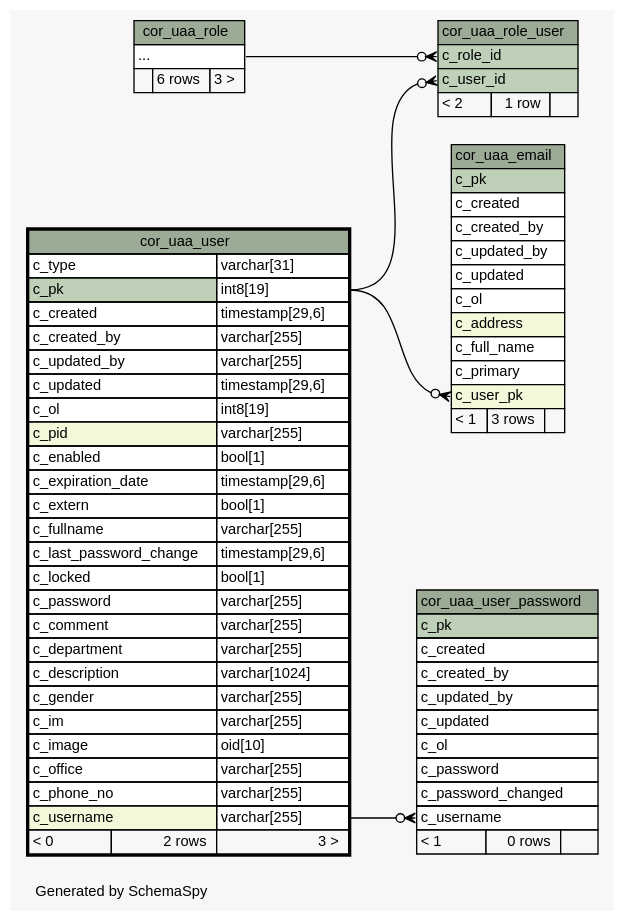
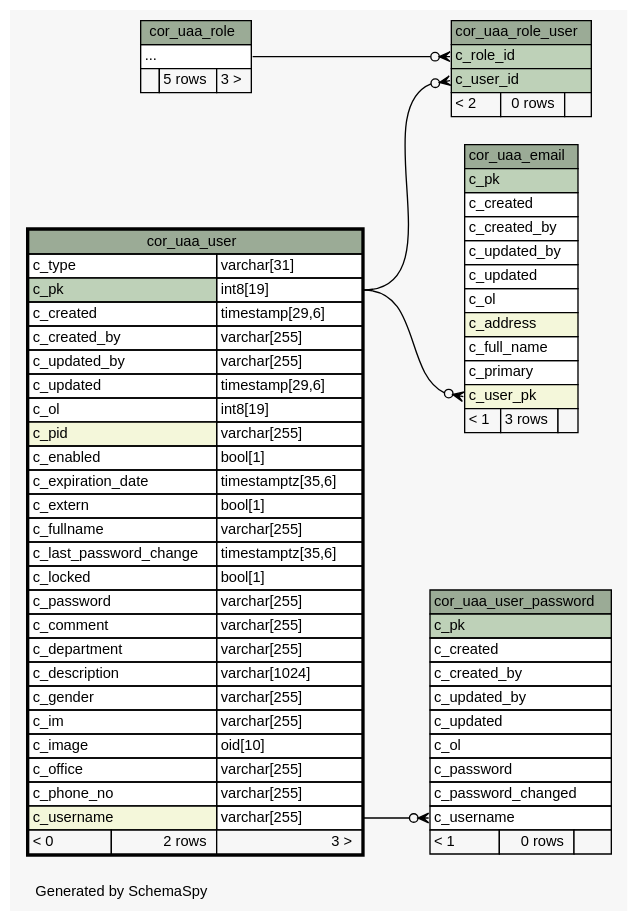
Before and after one commit to openwms/org.openwms.core.uaa.lib: the diagram in 2.0.0-SNAPSHOT/schemaspy/diagrams/cor_uaa_user.2degrees.dot, drawn with Graphviz. The commit also changed 236 other files, not shown here.

```diff
--- a/2.0.0-SNAPSHOT/schemaspy/diagrams/cor_uaa_user.2degrees.dot
+++ b/2.0.0-SNAPSHOT/schemaspy/diagrams/cor_uaa_user.2degrees.dot
@@ -1,117 +1,117 @@
-// dot 2.43.0 on Linux 6.5.0-1016-azure
+// dot 2.43.0 on Linux 6.5.0-1022-azure
 // SchemaSpy rev Unknown
 digraph "twoDegreesRelationshipsDiagram" {
   graph [
     rankdir="RL"
     bgcolor="#f7f7f7"
     label="\nGenerated by SchemaSpy"
     labeljust="l"
     nodesep="0.18"
     ranksep="0.46"
     fontname="Helvetica"
     fontsize="11"
   ];
   node [
     fontname="Helvetica"
     fontsize="11"
     shape="plaintext"
   ];
   edge [
     arrowsize="0.8"
   ];
   "cor_uaa_email":"c_user_pk":w -> "cor_uaa_user":"c_pk.type":e [arrowhead=none dir=back arrowtail=crowodot];
   "cor_uaa_role_user":"c_role_id":w -> "cor_uaa_role":"elipses":e [arrowhead=none dir=back arrowtail=crowodot];
   "cor_uaa_role_user":"c_user_id":w -> "cor_uaa_user":"c_pk.type":e [arrowhead=none dir=back arrowtail=crowodot];
   "cor_uaa_user_password":"c_username":w -> "cor_uaa_user":"c_username.type":e [arrowhead=none dir=back arrowtail=crowodot];
   "cor_uaa_email" [
     label=<
     <TABLE BORDER="0" CELLBORDER="1" CELLSPACING="0" BGCOLOR="#ffffff">
       <TR><TD COLSPAN="3" BGCOLOR="#9bab96" ALIGN="CENTER">cor_uaa_email</TD></TR>
       <TR><TD PORT="c_pk" COLSPAN="3" BGCOLOR="#bed1b8" ALIGN="LEFT">c_pk</TD></TR>
       <TR><TD PORT="c_created" COLSPAN="3" ALIGN="LEFT">c_created</TD></TR>
       <TR><TD PORT="c_created_by" COLSPAN="3" ALIGN="LEFT">c_created_by</TD></TR>
       <TR><TD PORT="c_updated_by" COLSPAN="3" ALIGN="LEFT">c_updated_by</TD></TR>
       <TR><TD PORT="c_updated" COLSPAN="3" ALIGN="LEFT">c_updated</TD></TR>
       <TR><TD PORT="c_ol" COLSPAN="3" ALIGN="LEFT">c_ol</TD></TR>
       <TR><TD PORT="c_address" COLSPAN="3" BGCOLOR="#f4f7da" ALIGN="LEFT">c_address</TD></TR>
       <TR><TD PORT="c_full_name" COLSPAN="3" ALIGN="LEFT">c_full_name</TD></TR>
       <TR><TD PORT="c_primary" COLSPAN="3" ALIGN="LEFT">c_primary</TD></TR>
       <TR><TD PORT="c_user_pk" COLSPAN="3" BGCOLOR="#f4f7da" ALIGN="LEFT">c_user_pk</TD></TR>
       <TR><TD ALIGN="LEFT" BGCOLOR="#f7f7f7">&lt; 1</TD><TD ALIGN="RIGHT" BGCOLOR="#f7f7f7">3 rows</TD><TD ALIGN="RIGHT" BGCOLOR="#f7f7f7">  </TD></TR>
     </TABLE>>
     URL="cor_uaa_email.html"
     tooltip="cor_uaa_email"
   ];
   "cor_uaa_role" [
     label=<
     <TABLE BORDER="0" CELLBORDER="1" CELLSPACING="0" BGCOLOR="#ffffff">
       <TR><TD COLSPAN="3" BGCOLOR="#9bab96" ALIGN="CENTER">cor_uaa_role</TD></TR>
       <TR><TD PORT="elipses" COLSPAN="3" ALIGN="LEFT">...</TD></TR>
-      <TR><TD ALIGN="LEFT" BGCOLOR="#f7f7f7">  </TD><TD ALIGN="RIGHT" BGCOLOR="#f7f7f7">6 rows</TD><TD ALIGN="RIGHT" BGCOLOR="#f7f7f7">3 &gt;</TD></TR>
+      <TR><TD ALIGN="LEFT" BGCOLOR="#f7f7f7">  </TD><TD ALIGN="RIGHT" BGCOLOR="#f7f7f7">5 rows</TD><TD ALIGN="RIGHT" BGCOLOR="#f7f7f7">3 &gt;</TD></TR>
     </TABLE>>
     URL="cor_uaa_role.html"
     tooltip="cor_uaa_role"
   ];
   "cor_uaa_role_user" [
     label=<
     <TABLE BORDER="0" CELLBORDER="1" CELLSPACING="0" BGCOLOR="#ffffff">
       <TR><TD COLSPAN="3" BGCOLOR="#9bab96" ALIGN="CENTER">cor_uaa_role_user</TD></TR>
       <TR><TD PORT="c_role_id" COLSPAN="3" BGCOLOR="#bed1b8" ALIGN="LEFT">c_role_id</TD></TR>
       <TR><TD PORT="c_user_id" COLSPAN="3" BGCOLOR="#bed1b8" ALIGN="LEFT">c_user_id</TD></TR>
-      <TR><TD ALIGN="LEFT" BGCOLOR="#f7f7f7">&lt; 2</TD><TD ALIGN="RIGHT" BGCOLOR="#f7f7f7">1 row</TD><TD ALIGN="RIGHT" BGCOLOR="#f7f7f7">  </TD></TR>
+      <TR><TD ALIGN="LEFT" BGCOLOR="#f7f7f7">&lt; 2</TD><TD ALIGN="RIGHT" BGCOLOR="#f7f7f7">0 rows</TD><TD ALIGN="RIGHT" BGCOLOR="#f7f7f7">  </TD></TR>
     </TABLE>>
     URL="cor_uaa_role_user.html"
     tooltip="cor_uaa_role_user"
   ];
   "cor_uaa_user" [
     label=<
     <TABLE BORDER="2" CELLBORDER="1" CELLSPACING="0" BGCOLOR="#ffffff">
       <TR><TD COLSPAN="3" BGCOLOR="#9bab96" ALIGN="CENTER">cor_uaa_user</TD></TR>
       <TR><TD PORT="c_type" COLSPAN="2" ALIGN="LEFT">c_type</TD><TD PORT="c_type.type" ALIGN="LEFT">varchar[31]</TD></TR>
       <TR><TD PORT="c_pk" COLSPAN="2" BGCOLOR="#bed1b8" ALIGN="LEFT">c_pk</TD><TD PORT="c_pk.type" ALIGN="LEFT">int8[19]</TD></TR>
       <TR><TD PORT="c_created" COLSPAN="2" ALIGN="LEFT">c_created</TD><TD PORT="c_created.type" ALIGN="LEFT">timestamp[29,6]</TD></TR>
       <TR><TD PORT="c_created_by" COLSPAN="2" ALIGN="LEFT">c_created_by</TD><TD PORT="c_created_by.type" ALIGN="LEFT">varchar[255]</TD></TR>
       <TR><TD PORT="c_updated_by" COLSPAN="2" ALIGN="LEFT">c_updated_by</TD><TD PORT="c_updated_by.type" ALIGN="LEFT">varchar[255]</TD></TR>
       <TR><TD PORT="c_updated" COLSPAN="2" ALIGN="LEFT">c_updated</TD><TD PORT="c_updated.type" ALIGN="LEFT">timestamp[29,6]</TD></TR>
       <TR><TD PORT="c_ol" COLSPAN="2" ALIGN="LEFT">c_ol</TD><TD PORT="c_ol.type" ALIGN="LEFT">int8[19]</TD></TR>
       <TR><TD PORT="c_pid" COLSPAN="2" BGCOLOR="#f4f7da" ALIGN="LEFT">c_pid</TD><TD PORT="c_pid.type" ALIGN="LEFT">varchar[255]</TD></TR>
       <TR><TD PORT="c_enabled" COLSPAN="2" ALIGN="LEFT">c_enabled</TD><TD PORT="c_enabled.type" ALIGN="LEFT">bool[1]</TD></TR>
-      <TR><TD PORT="c_expiration_date" COLSPAN="2" ALIGN="LEFT">c_expiration_date</TD><TD PORT="c_expiration_date.type" ALIGN="LEFT">timestamp[29,6]</TD></TR>
+      <TR><TD PORT="c_expiration_date" COLSPAN="2" ALIGN="LEFT">c_expiration_date</TD><TD PORT="c_expiration_date.type" ALIGN="LEFT">timestamptz[35,6]</TD></TR>
       <TR><TD PORT="c_extern" COLSPAN="2" ALIGN="LEFT">c_extern</TD><TD PORT="c_extern.type" ALIGN="LEFT">bool[1]</TD></TR>
       <TR><TD PORT="c_fullname" COLSPAN="2" ALIGN="LEFT">c_fullname</TD><TD PORT="c_fullname.type" ALIGN="LEFT">varchar[255]</TD></TR>
-      <TR><TD PORT="c_last_password_change" COLSPAN="2" ALIGN="LEFT">c_last_password_change</TD><TD PORT="c_last_password_change.type" ALIGN="LEFT">timestamp[29,6]</TD></TR>
+      <TR><TD PORT="c_last_password_change" COLSPAN="2" ALIGN="LEFT">c_last_password_change</TD><TD PORT="c_last_password_change.type" ALIGN="LEFT">timestamptz[35,6]</TD></TR>
       <TR><TD PORT="c_locked" COLSPAN="2" ALIGN="LEFT">c_locked</TD><TD PORT="c_locked.type" ALIGN="LEFT">bool[1]</TD></TR>
       <TR><TD PORT="c_password" COLSPAN="2" ALIGN="LEFT">c_password</TD><TD PORT="c_password.type" ALIGN="LEFT">varchar[255]</TD></TR>
       <TR><TD PORT="c_comment" COLSPAN="2" ALIGN="LEFT">c_comment</TD><TD PORT="c_comment.type" ALIGN="LEFT">varchar[255]</TD></TR>
       <TR><TD PORT="c_department" COLSPAN="2" ALIGN="LEFT">c_department</TD><TD PORT="c_department.type" ALIGN="LEFT">varchar[255]</TD></TR>
       <TR><TD PORT="c_description" COLSPAN="2" ALIGN="LEFT">c_description</TD><TD PORT="c_description.type" ALIGN="LEFT">varchar[1024]</TD></TR>
       <TR><TD PORT="c_gender" COLSPAN="2" ALIGN="LEFT">c_gender</TD><TD PORT="c_gender.type" ALIGN="LEFT">varchar[255]</TD></TR>
       <TR><TD PORT="c_im" COLSPAN="2" ALIGN="LEFT">c_im</TD><TD PORT="c_im.type" ALIGN="LEFT">varchar[255]</TD></TR>
       <TR><TD PORT="c_image" COLSPAN="2" ALIGN="LEFT">c_image</TD><TD PORT="c_image.type" ALIGN="LEFT">oid[10]</TD></TR>
       <TR><TD PORT="c_office" COLSPAN="2" ALIGN="LEFT">c_office</TD><TD PORT="c_office.type" ALIGN="LEFT">varchar[255]</TD></TR>
       <TR><TD PORT="c_phone_no" COLSPAN="2" ALIGN="LEFT">c_phone_no</TD><TD PORT="c_phone_no.type" ALIGN="LEFT">varchar[255]</TD></TR>
       <TR><TD PORT="c_username" COLSPAN="2" BGCOLOR="#f4f7da" ALIGN="LEFT">c_username</TD><TD PORT="c_username.type" ALIGN="LEFT">varchar[255]</TD></TR>
       <TR><TD ALIGN="LEFT" BGCOLOR="#f7f7f7">&lt; 0</TD><TD ALIGN="RIGHT" BGCOLOR="#f7f7f7">2 rows</TD><TD ALIGN="RIGHT" BGCOLOR="#f7f7f7">3 &gt;</TD></TR>
     </TABLE>>
     URL="cor_uaa_user.html"
     tooltip="cor_uaa_user"
   ];
   "cor_uaa_user_password" [
     label=<
     <TABLE BORDER="0" CELLBORDER="1" CELLSPACING="0" BGCOLOR="#ffffff">
       <TR><TD COLSPAN="3" BGCOLOR="#9bab96" ALIGN="CENTER">cor_uaa_user_password</TD></TR>
       <TR><TD PORT="c_pk" COLSPAN="3" BGCOLOR="#bed1b8" ALIGN="LEFT">c_pk</TD></TR>
       <TR><TD PORT="c_created" COLSPAN="3" ALIGN="LEFT">c_created</TD></TR>
       <TR><TD PORT="c_created_by" COLSPAN="3" ALIGN="LEFT">c_created_by</TD></TR>
       <TR><TD PORT="c_updated_by" COLSPAN="3" ALIGN="LEFT">c_updated_by</TD></TR>
       <TR><TD PORT="c_updated" COLSPAN="3" ALIGN="LEFT">c_updated</TD></TR>
       <TR><TD PORT="c_ol" COLSPAN="3" ALIGN="LEFT">c_ol</TD></TR>
       <TR><TD PORT="c_password" COLSPAN="3" ALIGN="LEFT">c_password</TD></TR>
       <TR><TD PORT="c_password_changed" COLSPAN="3" ALIGN="LEFT">c_password_changed</TD></TR>
       <TR><TD PORT="c_username" COLSPAN="3" ALIGN="LEFT">c_username</TD></TR>
       <TR><TD ALIGN="LEFT" BGCOLOR="#f7f7f7">&lt; 1</TD><TD ALIGN="RIGHT" BGCOLOR="#f7f7f7">0 rows</TD><TD ALIGN="RIGHT" BGCOLOR="#f7f7f7">  </TD></TR>
     </TABLE>>
     URL="cor_uaa_user_password.html"
     tooltip="cor_uaa_user_password"
   ];
 }
```
